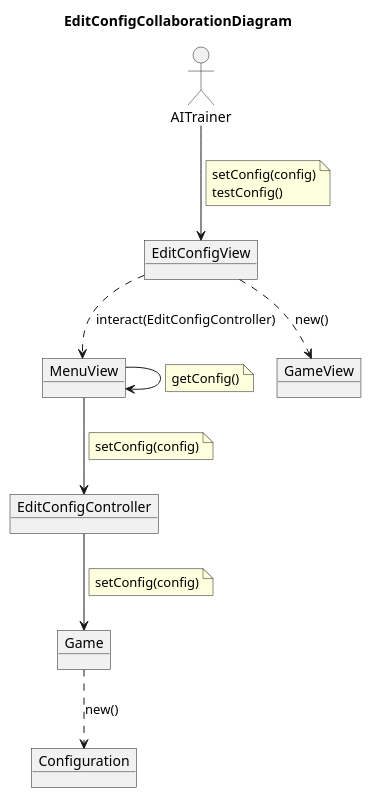
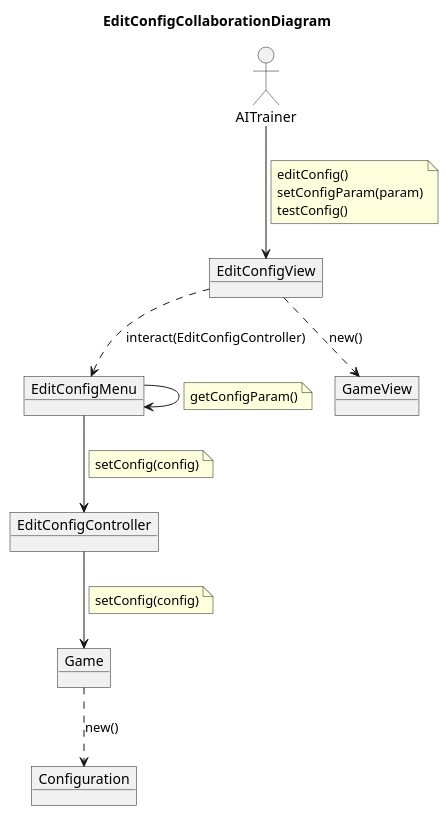
Before and after one commit to Master-Desarrollo-20-21/patrones-diseno---practica-final---juego-de-las-damas-fraylopez: the diagram in docs/src/analysis/use-cases/editconfig-colab.plantuml, drawn with PlantUML. The commit also changed 5 other files, not shown here.

```diff
--- a/docs/src/analysis/use-cases/editconfig-colab.plantuml
+++ b/docs/src/analysis/use-cases/editconfig-colab.plantuml
@@ -1,44 +1,45 @@
 @startuml EditConfigCollaborationDiagram
 title EditConfigCollaborationDiagram
 allow_mixing
 ' left to right direction
 
 actor AITrainer
 
 object Game
 object EditConfigView
-object MenuView
+object EditConfigMenu
 object GameView
 object EditConfigController
 object Configuration
 
 AITrainer --> EditConfigView
 note on link
     editConfig()
 end note
 note on link
-    setConfig(config)
+    editConfig()
+    setConfigParam(param)
     testConfig()
 end note
-EditConfigView ..> MenuView : interact(EditConfigController)
+EditConfigView ..> EditConfigMenu : interact(EditConfigController)
 
-MenuView --> MenuView
+EditConfigMenu --> EditConfigMenu
 note on link
-    getConfig()
+    getConfigParam()
 end note
 
-MenuView --> EditConfigController
+EditConfigMenu --> EditConfigController
 note on link
     setConfig(config)
 end note
 
 
 EditConfigView .down.> GameView : new()
 
 Game ..> Configuration : new()
 
 EditConfigController --> Game
 note on link
     setConfig(config)
 end note
 @enduml
```
